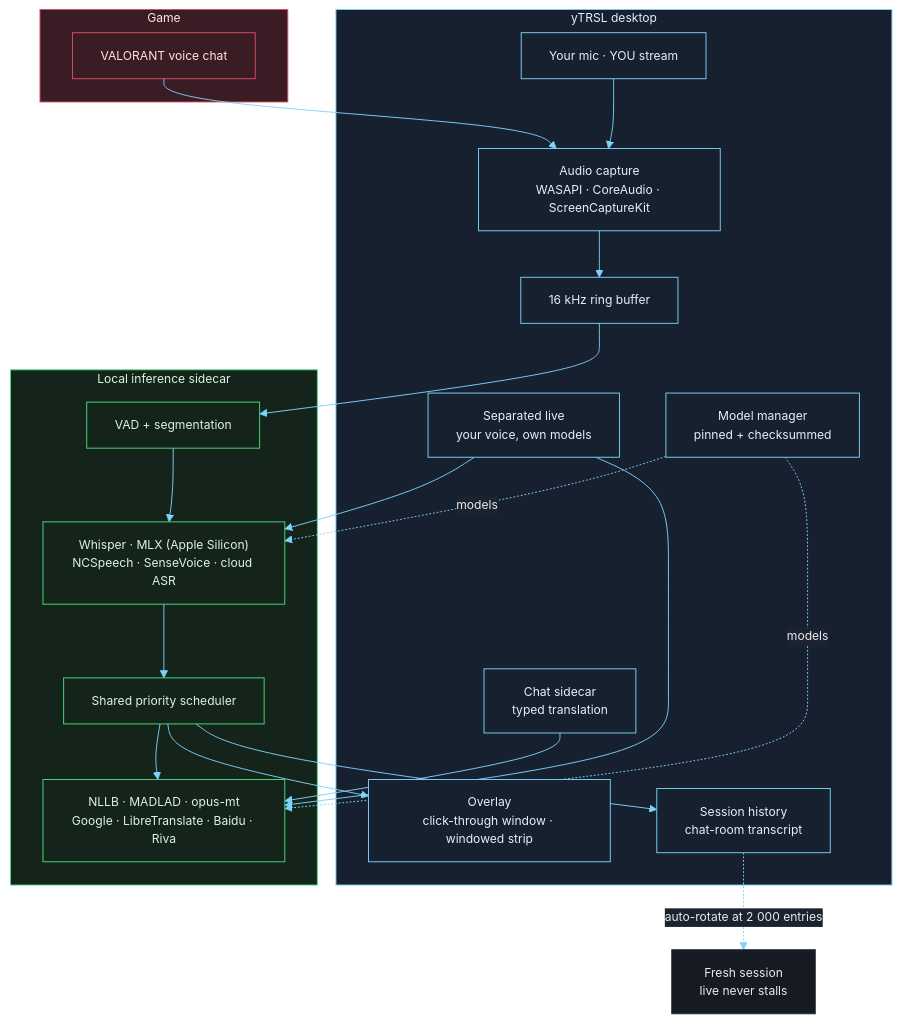
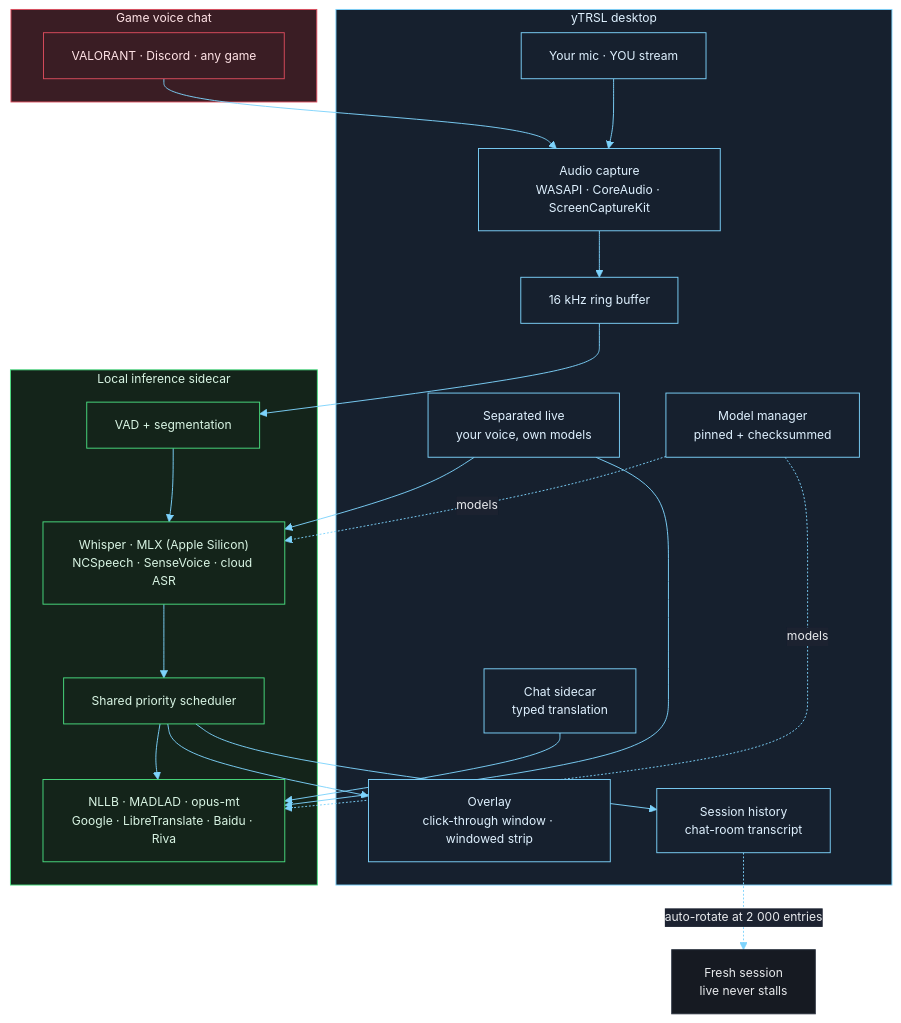
Before and after one commit to jxstme22/ztrsl: the first of 4 diagrams in README.md, drawn with Mermaid. The commit also changed other lines of this file, not shown here.

First line of the commit message:
docs: rewrite README for general-purpose use, keep VALORANT flagship

````diff
--- a/README.md
+++ b/README.md
@@ -125,46 +127,46 @@
 ```mermaid
 %%{init: {"theme": "base", "themeVariables": {
   "background": "#0e1117", "primaryColor": "#161a22", "primaryTextColor": "#e8eaed",
   "primaryBorderColor": "#2c3340", "lineColor": "#7dd3fc", "textColor": "#e8eaed",
   "secondaryColor": "#1c2230", "tertiaryColor": "#232a38", "fontSize": "13px",
   "clusterBkg": "#12161e", "clusterBorder": "#2c3340"
 }}}%%
 flowchart TB
-  subgraph GAME["Game"]
-    V["VALORANT voice chat"]
+  subgraph GAME["Game voice chat"]
+    V["VALORANT · Discord · any game"]
   end
 
   subgraph APP["yTRSL desktop"]
     CAP["Audio capture<br/>WASAPI · CoreAudio · ScreenCaptureKit"]
     BUF["16 kHz ring buffer"]
     OV["Overlay<br/>click-through window · windowed strip"]
     S["Model manager<br/>pinned + checksummed"]
     H["Session history<br/>chat-room transcript"]
     CHAT["Chat sidecar<br/>typed translation"]
     YOU["Your mic · YOU stream"]
     SEP["Separated live<br/>your voice, own models"]
   end
 
   subgraph SIDE["Local inference sidecar"]
     VAD["VAD + segmentation"]
     ASR["Whisper · MLX (Apple Silicon)<br/>NCSpeech · SenseVoice · cloud ASR"]
     MT["NLLB · MADLAD · opus-mt<br/>Google · LibreTranslate · Baidu · Riva"]
     SCH["Shared priority scheduler"]
   end
 
   V --> CAP --> BUF --> VAD --> ASR --> SCH --> MT
   SCH --> OV
   SCH --> H
   YOU --> CAP
   CHAT --> MT
   SEP --> ASR & MT
   S -. models .-> ASR & MT
   H -. auto-rotate at 2 000 entries .-> H2["Fresh session<br/>live never stalls"]
 
   classDef game fill:#3a1d24,stroke:#dc4d5e,color:#ffe3e6;
   classDef app fill:#16202e,stroke:#7dd3fc,color:#dff1ff;
   classDef side fill:#14241a,stroke:#4ade80,color:#d9f5e4;
   class GAME,V game;
   class APP,CAP,BUF,OV,S,H,CHAT,YOU,SEP app;
   class SIDE,VAD,ASR,MT,SCH side;
 ```
````
